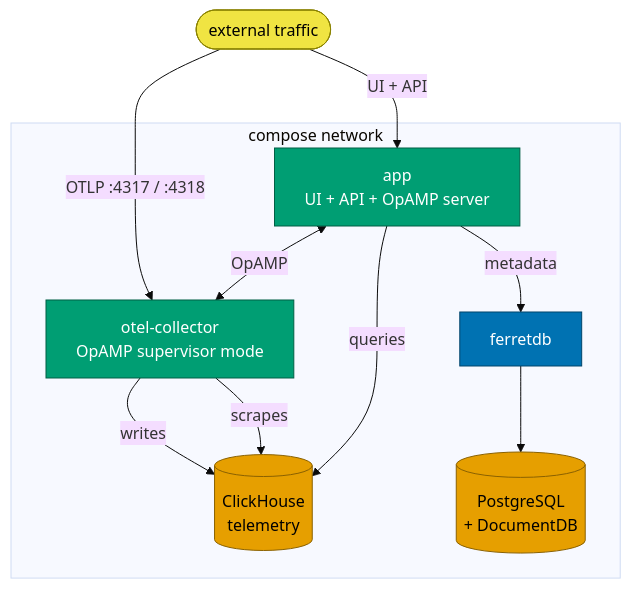
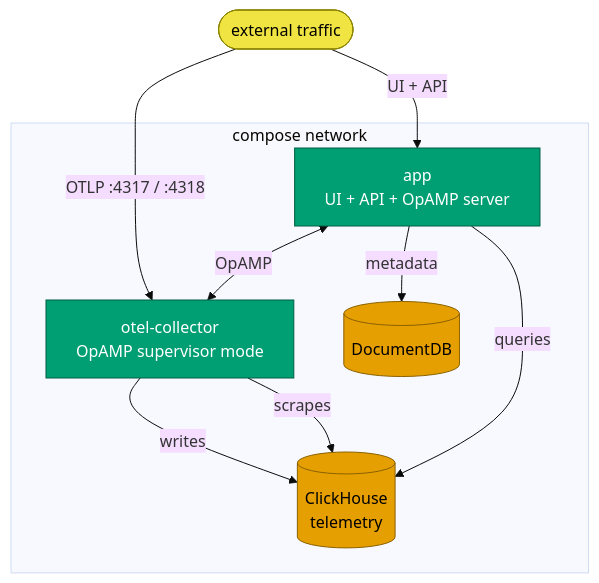
The second of 2 diagrams in docs/architecture/deployment.md (hyperi-io/dfe-hyperdx), drawn with Mermaid (base theme) before and after one commit. The commit also changed other lines of this file and 15 other files, not shown here.

First line of the commit message:
docs(hyperdx): name DocumentDB as the document store

````diff
--- a/docs/architecture/deployment.md
+++ b/docs/architecture/deployment.md
@@ -68,30 +60,27 @@
 ```mermaid
 flowchart TB
     ext(["external traffic"])
 
     subgraph net["compose network"]
         APP["app<br/>UI + API + OpAMP server"]
         OTEL["otel-collector<br/>OpAMP supervisor mode"]
         CH[(ClickHouse<br/>telemetry)]
-        FERRET["ferretdb"]
-        PG[(PostgreSQL<br/>+ DocumentDB)]
+        DOCDB[("DocumentDB")]
     end
 
     ext -->|OTLP :4317 / :4318| OTEL
     ext -->|UI + API| APP
     OTEL -->|writes| CH
     OTEL -->|scrapes| CH
     APP -->|queries| CH
-    APP -->|metadata| FERRET
-    FERRET --> PG
+    APP -->|metadata| DOCDB
     APP <-->|OpAMP| OTEL
 
     classDef edge fill:#F0E442,stroke:#8a8200,color:#000000
     classDef svc fill:#009E73,stroke:#005f45,color:#ffffff
     classDef ours fill:#0072B2,stroke:#00456b,color:#ffffff
     classDef store fill:#E69F00,stroke:#8a6100,color:#000000
     class ext edge
     class APP,OTEL svc
-    class FERRET ours
-    class CH,PG store
+    class CH,DOCDB store
 ```
````
